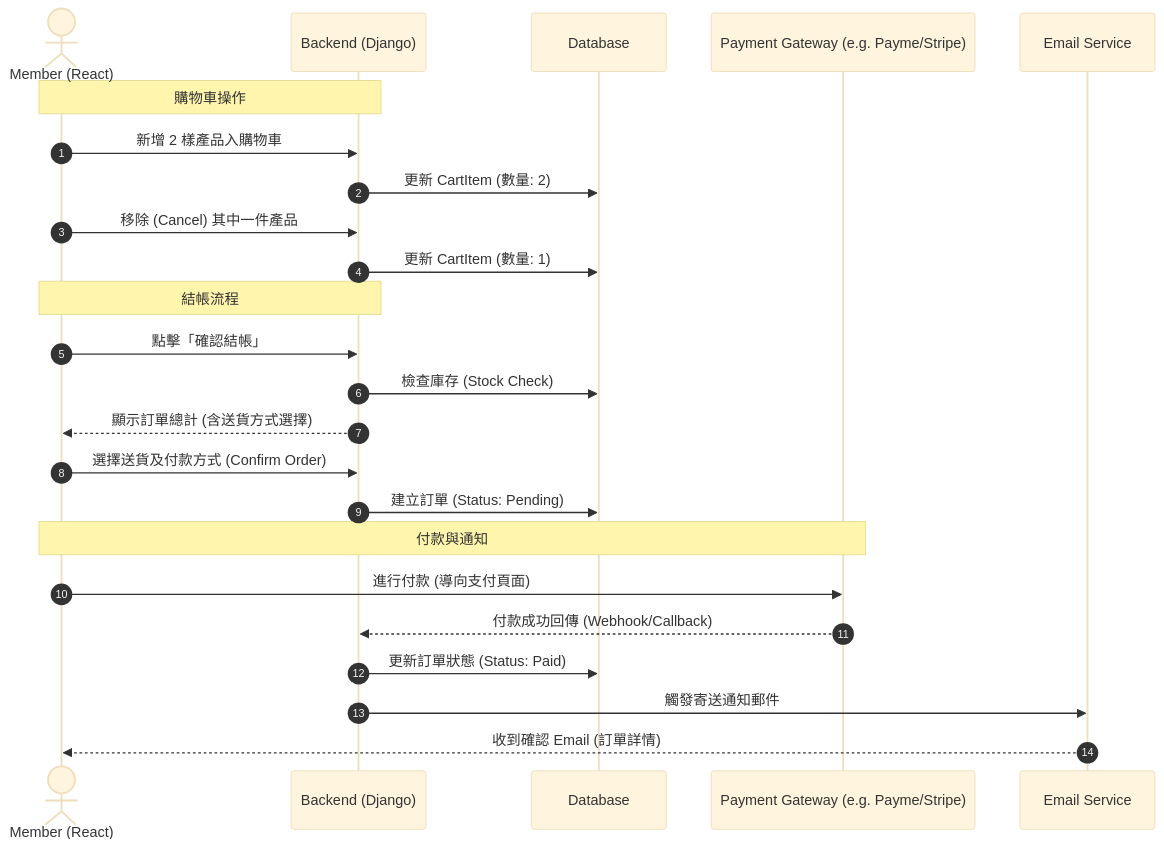
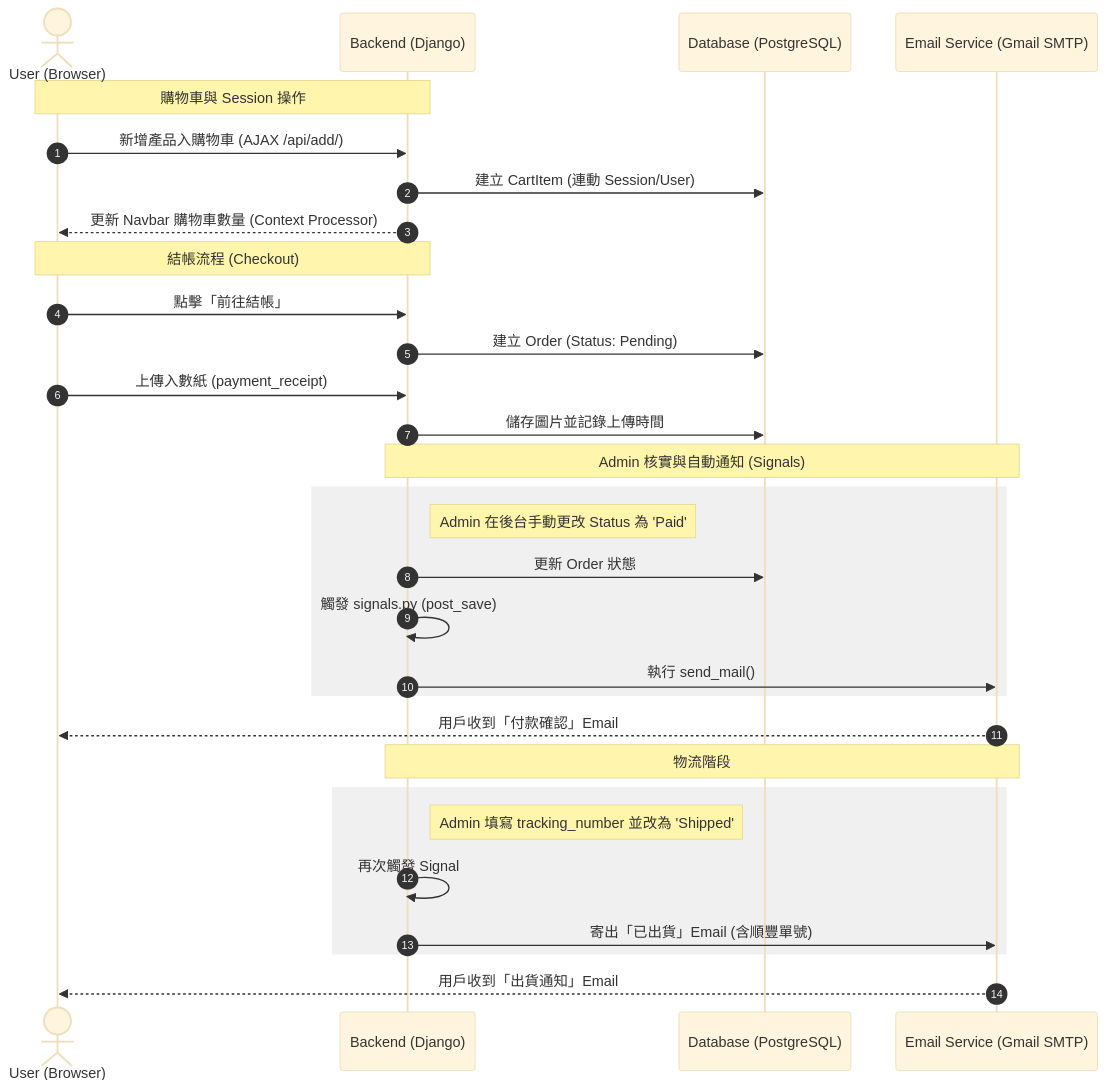
One commit to OscarLoOscar/django_ecommerce changed the sixth of 8 diagrams in python_django_project/UML_of_e-commerce.md. Above: the diagram before and after it, drawn with Mermaid (base theme). The commit also changed other lines of this file and 10 other files, not shown here.

Commit message:
update UML ,README

````diff
--- a/python_django_project/UML_of_e-commerce.md
+++ b/python_django_project/UML_of_e-commerce.md
@@ -142,30 +216,37 @@
 ```mermaid
 sequenceDiagram
     autonumber
-    actor M as Member (React)
+    actor U as User (Browser)
     participant B as Backend (Django)
-    participant DB as Database
-    participant P as Payment Gateway (e.g. Payme/Stripe)
-    participant E as Email Service
+    participant DB as Database (PostgreSQL)
+    participant E as Email Service (Gmail SMTP)
 
-    Note over M, B: 購物車操作
-    M->>B: 新增 2 樣產品入購物車
-    B->>DB: 更新 CartItem (數量: 2)
-    M->>B: 移除 (Cancel) 其中一件產品
-    B->>DB: 更新 CartItem (數量: 1)
+    Note over U, B: 購物車與 Session 操作
+    U->>B: 新增產品入購物車 (AJAX /api/add/)
+    B->>DB: 建立 CartItem (連動 Session/User)
+    B-->>U: 更新 Navbar 購物車數量 (Context Processor)
 
-    Note over M, B: 結帳流程
-    M->>B: 點擊「確認結帳」
-    B->>DB: 檢查庫存 (Stock Check)
-    B-->>M: 顯示訂單總計 (含送貨方式選擇)
-    M->>B: 選擇送貨及付款方式 (Confirm Order)
-    B->>DB: 建立訂單 (Status: Pending)
+    Note over U, B: 結帳流程 (Checkout)
+    U->>B: 點擊「前往結帳」
+    B->>DB: 建立 Order (Status: Pending)
+    U->>B: 上傳入數紙 (payment_receipt)
+    B->>DB: 儲存圖片並記錄上傳時間
 
-    Note over M, P: 付款與通知
-    M->>P: 進行付款 (導向支付頁面)
-    P-->>B: 付款成功回傳 (Webhook/Callback)
-    B->>DB: 更新訂單狀態 (Status: Paid)
-    B->>E: 觸發寄送通知郵件
+    Note over B, E: Admin 核實與自動通知 (Signals)
+    rect rgb(240, 240, 240)
+        Note right of B: Admin 在後台手動更改 Status 為 'Paid'
+        B->>DB: 更新 Order 狀態
+        B->>B: 觸發 signals.py (post_save)
+        B->>E: 執行 send_mail()
+    end
 
-    E-->>M: 收到確認 Email (訂單詳情)
+    E-->>U: 用戶收到「付款確認」Email
+
+    Note over B, E: 物流階段
+    rect rgb(240, 240, 240)
+        Note right of B: Admin 填寫 tracking_number 並改為 'Shipped'
+        B->>B: 再次觸發 Signal
+        B->>E: 寄出「已出貨」Email (含順豐單號)
+    end
+    E-->>U: 用戶收到「出貨通知」Email
 ```
````
